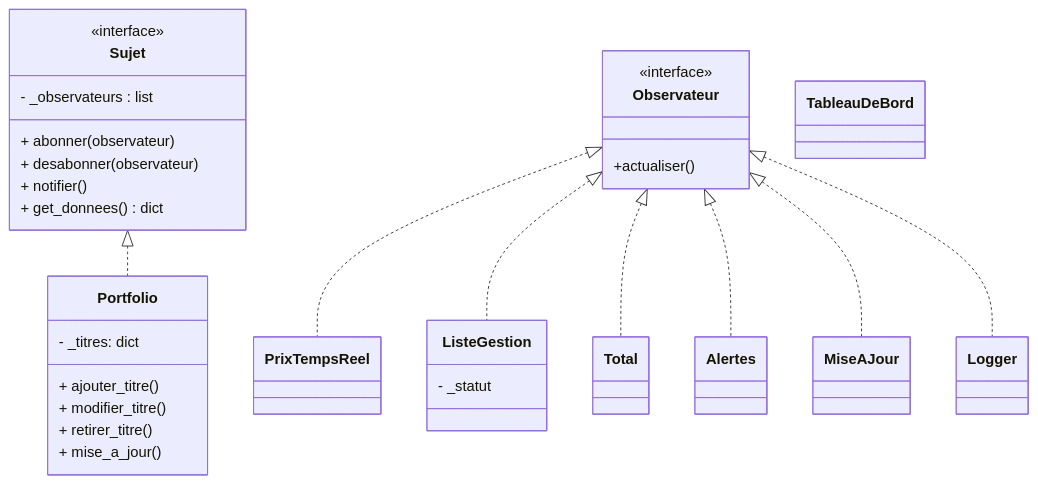
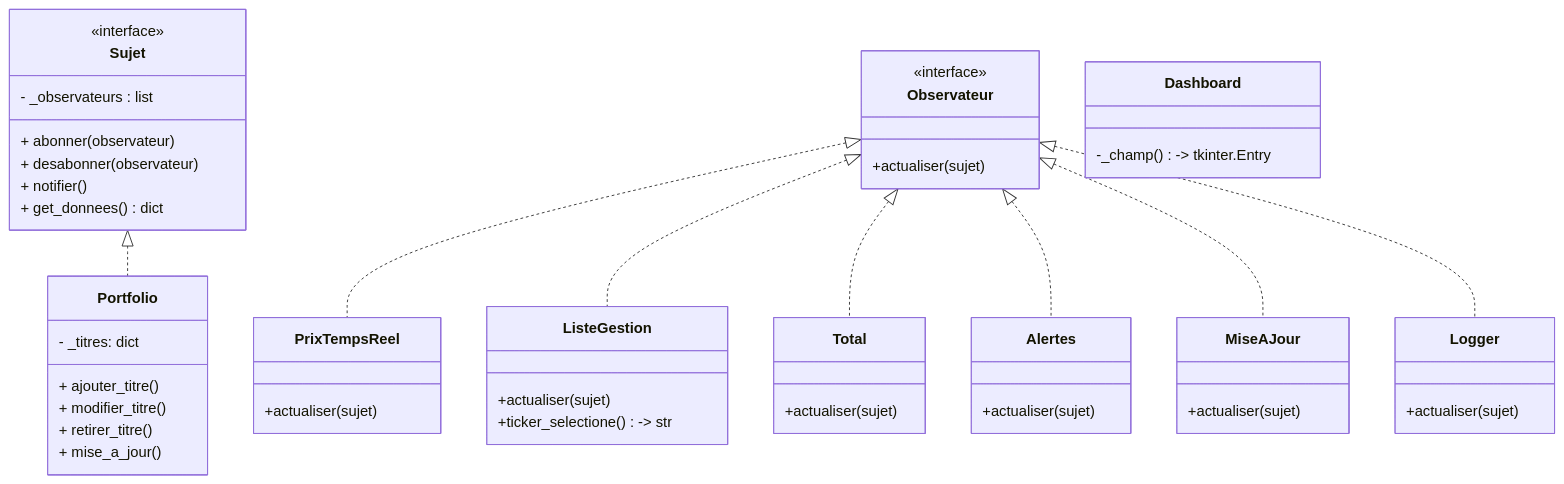
Before and after one commit to DynaJ0ule/420-3D3-TP1-A26: the diagram in UML.md, drawn with Mermaid.

Commit message:
UML derniere minute... (et plus proche de l'objectif)

````diff
--- a/UML.md
+++ b/UML.md
@@ -1,39 +1,52 @@
 ```mermaid
 classDiagram
 	class Sujet{
 		<<interface>>
 		- _observateurs : list
 		+ abonner(observateur)
 		+ desabonner(observateur)
 		+ notifier()
 		+ get_donnees() dict
 	}
 	class Observateur{
 		<<interface>>
-		+actualiser()
+		+actualiser(sujet)
 	}
-	class PrixTempsReel
+	class PrixTempsReel{
+		+actualiser(sujet)
+	}
 	class ListeGestion{
-	- _statut
+		+actualiser(sujet)
+		+ticker_selectione() -> str
 	}
-	class Total
-	class Alertes
-	class MiseAJour
-	class Logger
-	class TableauDeBord
+	class Total{
+		+actualiser(sujet)
+	}
+	class Alertes{
+		+actualiser(sujet)
+	}
+	class MiseAJour{
+		+actualiser(sujet)
+	}
+	class Logger{
+		+actualiser(sujet)
+	}
+	class Dashboard{
+		-_champ() -> tkinter.Entry
+	}
 	class Portfolio{
 		- _titres: dict
 		+ ajouter_titre()
 		+ modifier_titre()
 		+ retirer_titre()
 		+ mise_a_jour()
 	}
 	Observateur <|.. PrixTempsReel
 	Observateur <|.. ListeGestion
 	Observateur <|.. Total
 	Observateur <|.. Alertes
 	Observateur <|.. MiseAJour
 	Observateur <|.. Logger
 	Sujet <|.. Portfolio
 	
 ```
````
